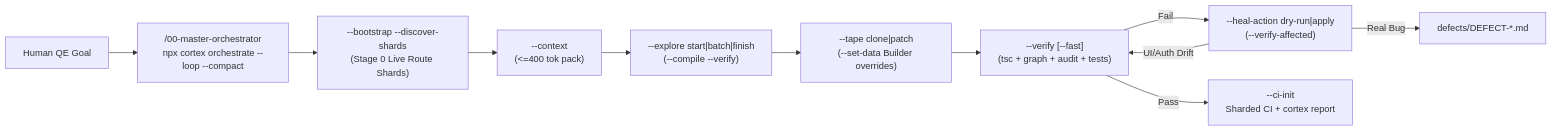
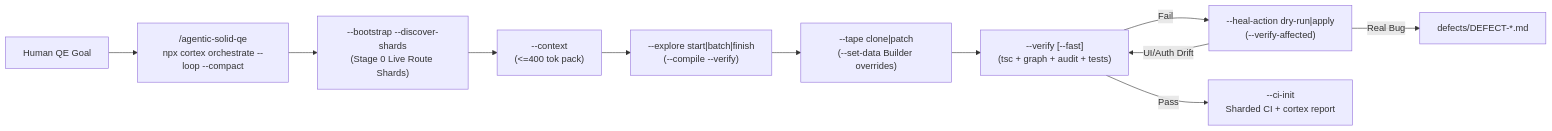
One commit to letstrnsfrm-ai/agentic-solid-qe changed the diagram in README.md. Above: the diagram before and after it, drawn with Mermaid. The commit also changed other lines of this file and 22 other files, not shown here.

Commit message:
feat(skill): rename 00-master-orchestrator skill to agentic-solid-qe

````diff
--- a/README.md
+++ b/README.md
@@ -44,13 +44,13 @@
 ```mermaid
 flowchart LR
-  H["Human QE Goal"] --> M["/00-master-orchestrator<br/>npx cortex orchestrate --loop --compact"]
+  H["Human QE Goal"] --> M["/agentic-solid-qe<br/>npx cortex orchestrate --loop --compact"]
   M --> B["--bootstrap --discover-shards<br/>(Stage 0 Live Route Shards)"]
   B --> CTX["--context<br/>(<=400 tok pack)"]
   CTX --> E["--explore start|batch|finish<br/>(--compile --verify)"]
   E --> T["--tape clone|patch<br/>(--set-data Builder overrides)"]
   T --> V["--verify [--fast]<br/>(tsc + graph + audit + tests)"]
   V -- "Fail" --> D["--heal-action dry-run|apply<br/>(--verify-affected)"]
   D -- "Real Bug" --> B2["defects/DEFECT-*.md"]
   D -- "UI/Auth Drift" --> V
   V -- "Pass" --> CI["--ci-init<br/>Sharded CI + cortex report"]
 ```
````
